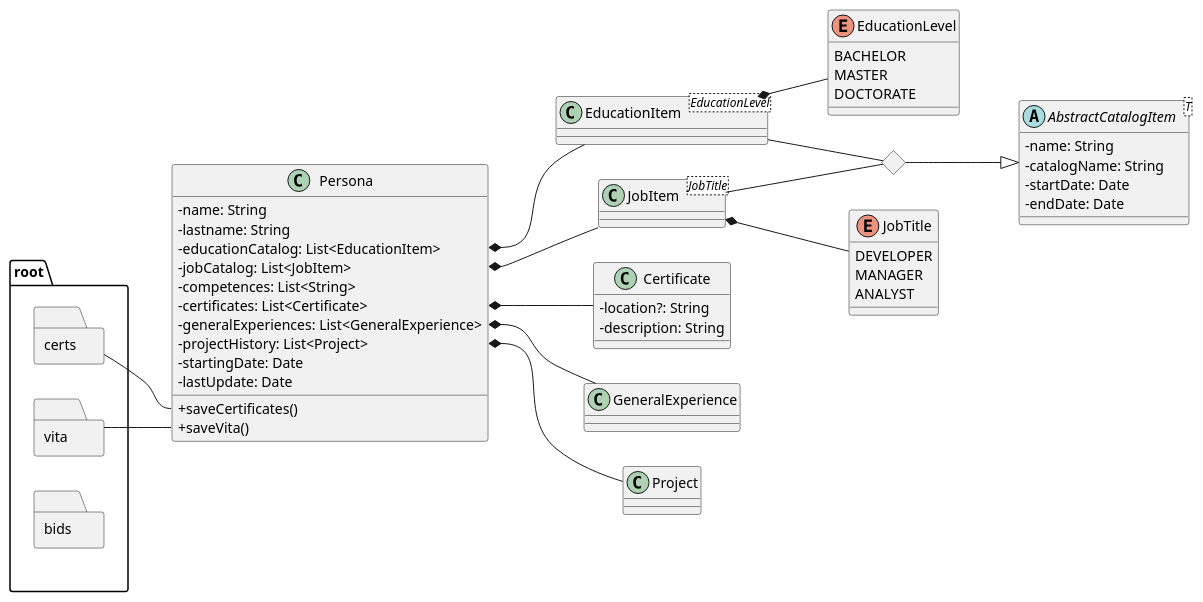
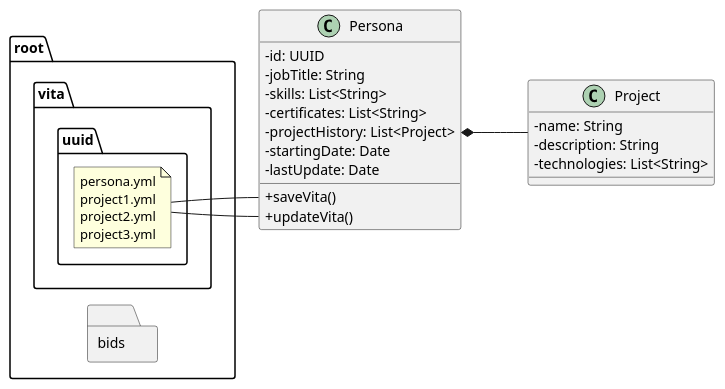
One commit to infoteam-Software-AG/profile-assist changed the diagram in src/main/docs/_includes/concept/persona.puml. Above: the diagram before and after it, drawn with PlantUML.

Commit message:
updated the uml diagram according to feedback and simplified the structure

```diff
--- a/src/main/docs/_includes/concept/persona.puml
+++ b/src/main/docs/_includes/concept/persona.puml
@@ -1,84 +1,43 @@
 @startuml
 skinparam classAttributeIconSize 0
 skinparam groupInheritance 2
 left to right direction
 
-<> diamond
-
-enum JobTitle {
-  DEVELOPER
-  MANAGER
-  ANALYST
+class Project {
+    - name: String
+    - description: String
+    - technologies: List<String>
 }
 
-enum EducationLevel {
-  BACHELOR
-  MASTER
-  DOCTORATE
-}
-abstract class AbstractCatalogItem<T> {
-  - name: String
-  - catalogName: String
-  - startDate: Date
-  - endDate: Date
-
-}
-
-class EducationItem<EducationLevel> {
-
-}
-
-class JobItem<JobTitle>{
-}
-
-class Certificate{
-    - location?: String
-    - description: String
-}
-
-class GeneralExperience{
-
-}
-
-
 class Persona {
-    - name: String
-    - lastname: String
-    - educationCatalog: List<EducationItem>
-    - jobCatalog: List<JobItem>
-    - competences: List<String>
-    - certificates: List<Certificate>
-    - generalExperiences: List<GeneralExperience>
+    - id: UUID
+    - jobTitle: String
+    - skills: List<String>
+    - certificates: List<String>
     - projectHistory: List<Project>
     - startingDate: Date
     - lastUpdate: Date
-    + saveCertificates()
     + saveVita()
+    + updateVita()
 }
+package root <<Folder>>{
 
-package root <<Folder>>{
   package vita <<Folder>>{
-  }
-
-  package certs <<Folder>>{
+      package uuid <<Folder>>{
+          note as n
+            persona.yml
+            project1.yml
+            project2.yml
+            project3.yml
+          end note
+      }
   }
 
   package bids <<Folder>>{
   }
 }
 
-EducationItem -- diamond
-JobItem -- diamond
-diamond --|> AbstractCatalogItem
-Persona::educationCatalog *-- EducationItem
-Persona::jobCatalog *-- JobItem
-Persona::certificates *-- Certificate
-Persona -up[hidden]- root
-Persona::saveVita -up- root.vita
-Persona::saveCertificates -- root.certs
-EducationItem *-down- EducationLevel
-JobItem *-down- JobTitle
-Persona::generalExperiences *-- GeneralExperience
+root.vita.uuid.n -- Persona::saveVita
+root.vita.uuid.n -- Persona::updateVita
 Persona::projectHistory *-- Project
-
 @enduml
```
